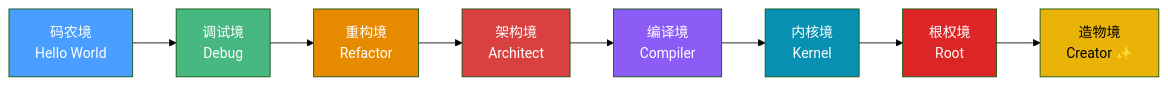
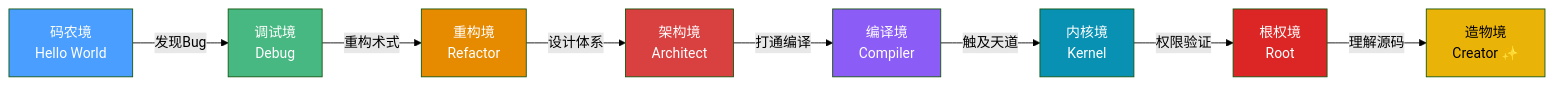
Before and after one commit to kevinten-ai/Compiling-the-Dao: the first of 5 diagrams in README.md, drawn with Mermaid (forest theme). The commit also changed other lines of this file, not shown here.

First line of the commit message:
docs(README): 重构README，补充世界观、人物、插画与Mermaid图示

````diff
--- a/README.md
+++ b/README.md
@@ -66,19 +60,19 @@
 ```mermaid
 graph LR
-    A["码农境<br/>Hello World"] -->B["调试境<br/>Debug"]
-    B --> C["重构境<br/>Refactor"]
-    C --> D["架构境<br/>Architect"]
-    D --> E["编译境<br/>Compiler"]
-    E --> F["内核境<br/>Kernel"]
-    F --> G["根权境<br/>Root"]
-    G --> H["造物境<br/>Creator ✨"]
+    A["码农境<br/>Hello World"] -->|"发现Bug"| B["调试境<br/>Debug"]
+    B -->|"重构术式"| C["重构境<br/>Refactor"]
+    C -->|"设计体系"| D["架构境<br/>Architect"]
+    D -->|"打通编译"| E["编译境<br/>Compiler"]
+    E -->|"触及天道"| F["内核境<br/>Kernel"]
+    F -->|"权限验证"| G["根权境<br/>Root"]
+    G -->|"理解源码"| H["造物境<br/>Creator ✨"]
 
     style A fill:#4a9eff,color:#fff
     style B fill:#47b881,color:#fff
     style C fill:#e68a00,color:#fff
     style D fill:#d94040,color:#fff
     style E fill:#8b5cf6,color:#fff
     style F fill:#0891b2,color:#fff
     style G fill:#dc2626,color:#fff
     style H fill:#eab308,color:#000
 ```
````
